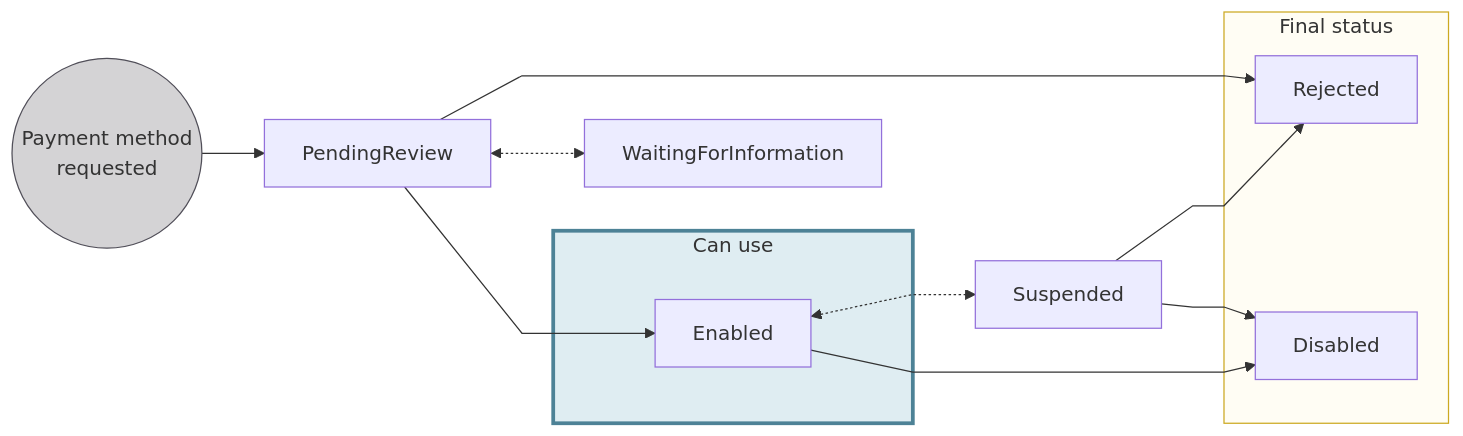
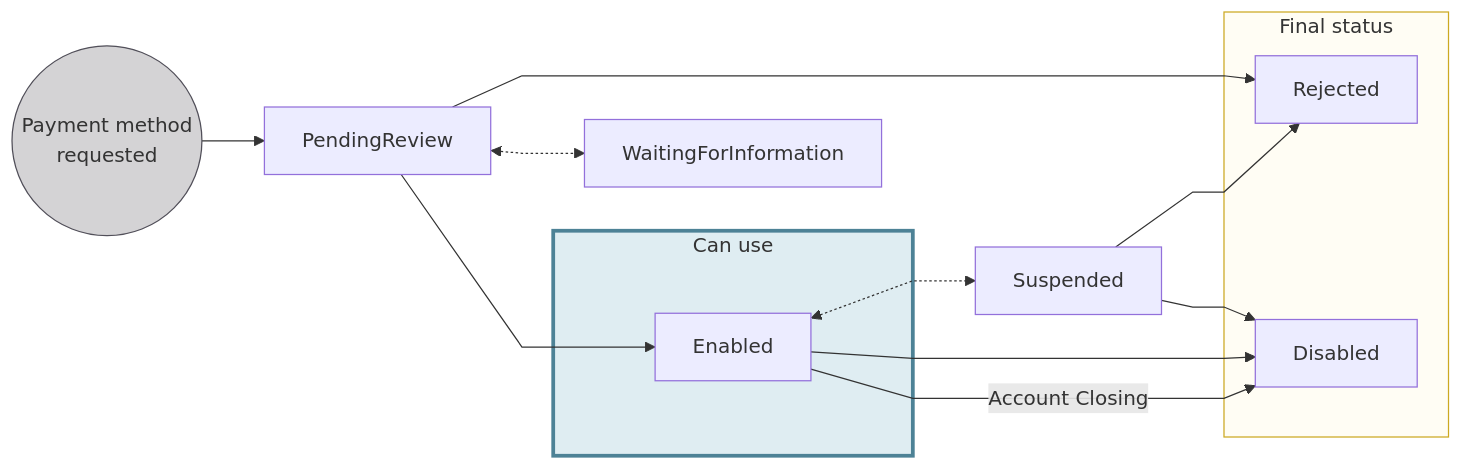
Before and after one commit to swan-io/docs: the second of 3 diagrams in docs/payments/concepts/merchants/statuses.mdx, drawn with Mermaid. The commit also changed other lines of this file, not shown here.

````diff
--- a/docs/payments/concepts/merchants/statuses.mdx
+++ b/docs/payments/concepts/merchants/statuses.mdx
@@ -69,27 +70,28 @@
 ```mermaid
 %%{ init: { 'flowchart': { 'curve': 'linear' } } }%%
 
 flowchart LR
 
 PMQ((Payment method<br/>requested)) --> PR[PendingReview]
 PR <-.-> WFI[WaitingForInformation]
 PR --> R[Rejected]
 PR --> E[Enabled]
 E <-.-> S[Suspended]
 S --> R
 S --> D[Disabled]
 E --> D
+E -- Account Closing --> D
 
 subgraph U[Can use]
     E
 end
 
 subgraph F[Final status]
     D
     R
 end
 
 style PMQ fill:#D4D3D5,stroke:#514F59
 style F fill:#fffdf4,stroke:#cca922
 style U fill:#dfedf2,stroke:#4d8296, stroke-width:3px
 ```
````
